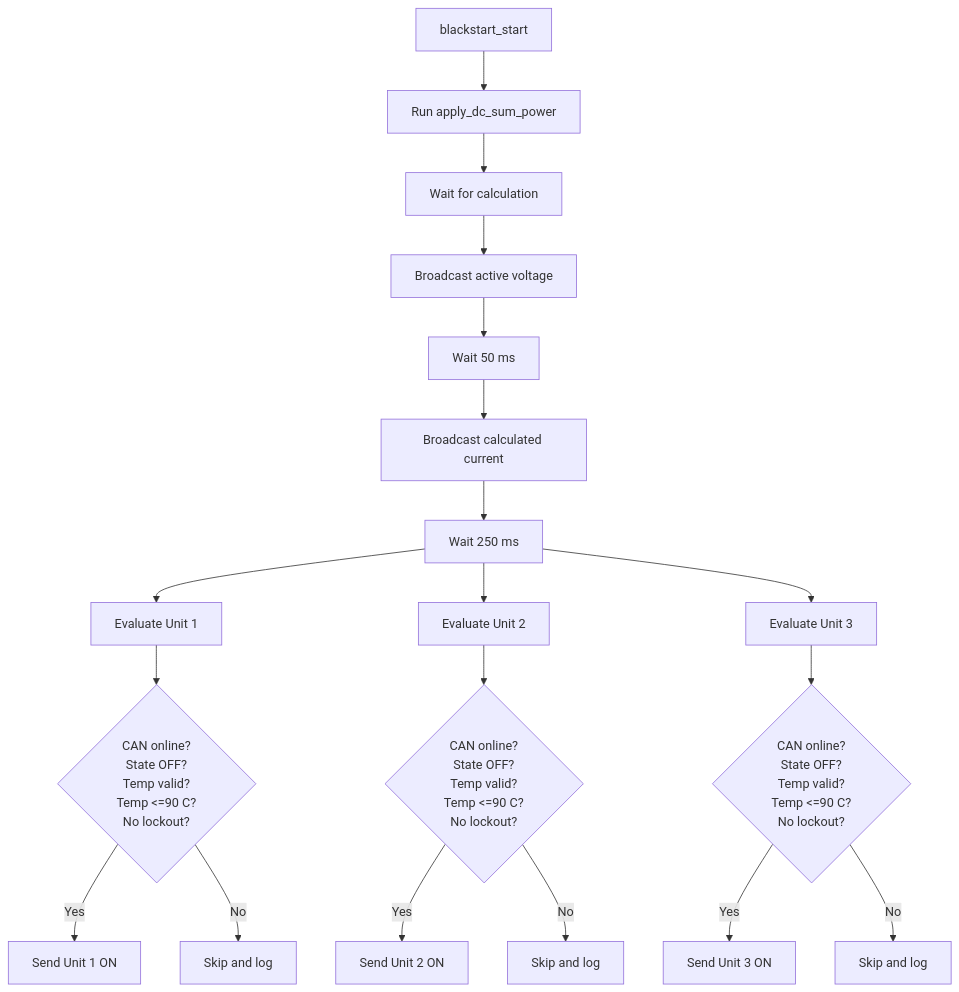
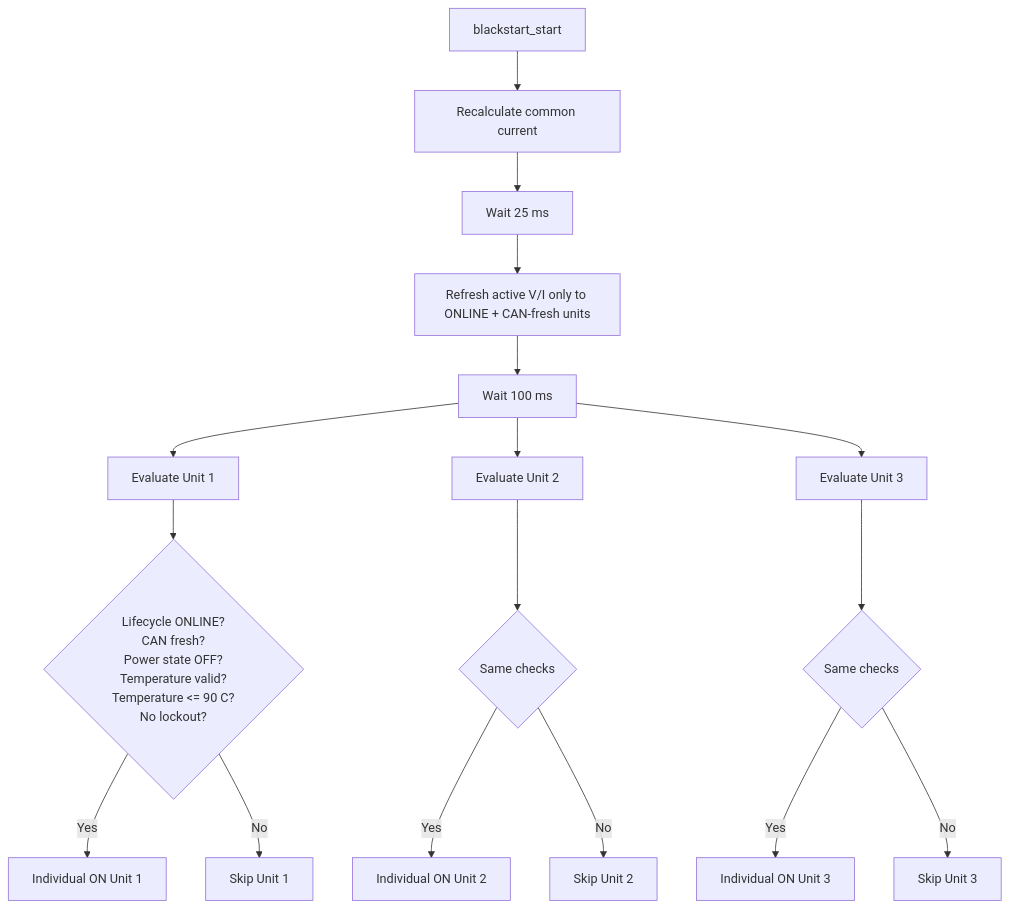
Diagram 18 of 26 in R4875G1_CONTROL_FLOWS.md (anwa/esphome-r4875g1-3phase-charger), drawn with Mermaid before and after one commit. The commit also changed other lines of this file and 1 other file, not shown here.

First line of the commit message:
Synchronize CAN lifecycle and recovery documentation

````diff
--- a/R4875G1_CONTROL_FLOWS.md
+++ b/R4875G1_CONTROL_FLOWS.md
@@ -293,24 +578,21 @@
 ```mermaid
 flowchart TD
-    A[blackstart_start] --> B[Run apply_dc_sum_power]
-    B --> C[Wait for calculation]
-    C --> D[Broadcast active voltage]
-    D --> E[Wait 50 ms]
-    E --> F[Broadcast calculated current]
-    F --> G[Wait 250 ms]
+    A[blackstart_start] --> B[Recalculate common current]
+    B --> C[Wait 25 ms]
+    C --> D[Refresh active V/I only to ONLINE + CAN-fresh units]
+    D --> E[Wait 100 ms]
+    E --> U1[Evaluate Unit 1]
+    E --> U2[Evaluate Unit 2]
+    E --> U3[Evaluate Unit 3]
 
-    G --> U1[Evaluate Unit 1]
-    G --> U2[Evaluate Unit 2]
-    G --> U3[Evaluate Unit 3]
+    U1 --> C1{Lifecycle ONLINE?<br/>CAN fresh?<br/>Power state OFF?<br/>Temperature valid?<br/>Temperature <= 90 C?<br/>No lockout?}
+    U2 --> C2{Same checks}
+    U3 --> C3{Same checks}
 
-    U1 --> C1{CAN online?<br/>State OFF?<br/>Temp valid?<br/>Temp <=90 C?<br/>No lockout?}
-    U2 --> C2{CAN online?<br/>State OFF?<br/>Temp valid?<br/>Temp <=90 C?<br/>No lockout?}
-    U3 --> C3{CAN online?<br/>State OFF?<br/>Temp valid?<br/>Temp <=90 C?<br/>No lockout?}
-
-    C1 -- Yes --> ON1[Send Unit 1 ON]
-    C1 -- No --> SK1[Skip and log]
-    C2 -- Yes --> ON2[Send Unit 2 ON]
-    C2 -- No --> SK2[Skip and log]
-    C3 -- Yes --> ON3[Send Unit 3 ON]
-    C3 -- No --> SK3[Skip and log]
+    C1 -- Yes --> ON1[Individual ON Unit 1]
+    C1 -- No --> S1[Skip Unit 1]
+    C2 -- Yes --> ON2[Individual ON Unit 2]
+    C2 -- No --> S2[Skip Unit 2]
+    C3 -- Yes --> ON3[Individual ON Unit 3]
+    C3 -- No --> S3[Skip Unit 3]
 ```
````
